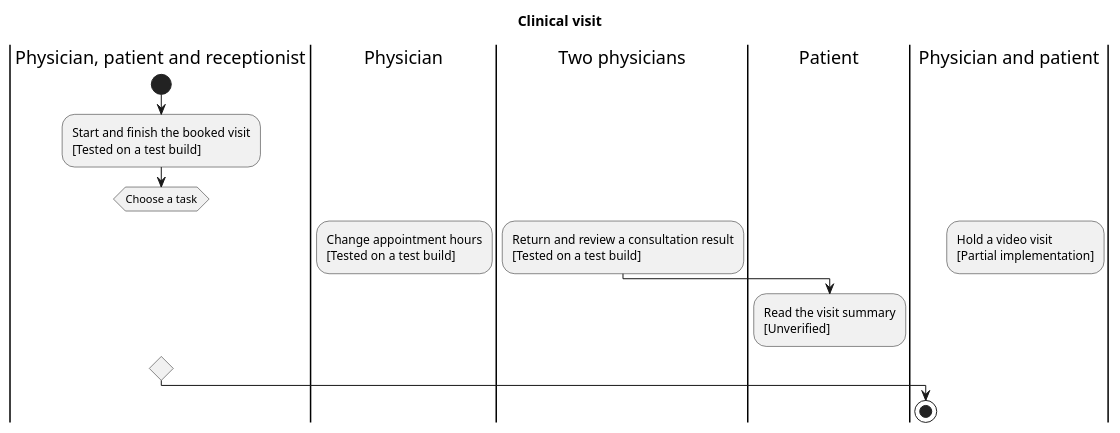
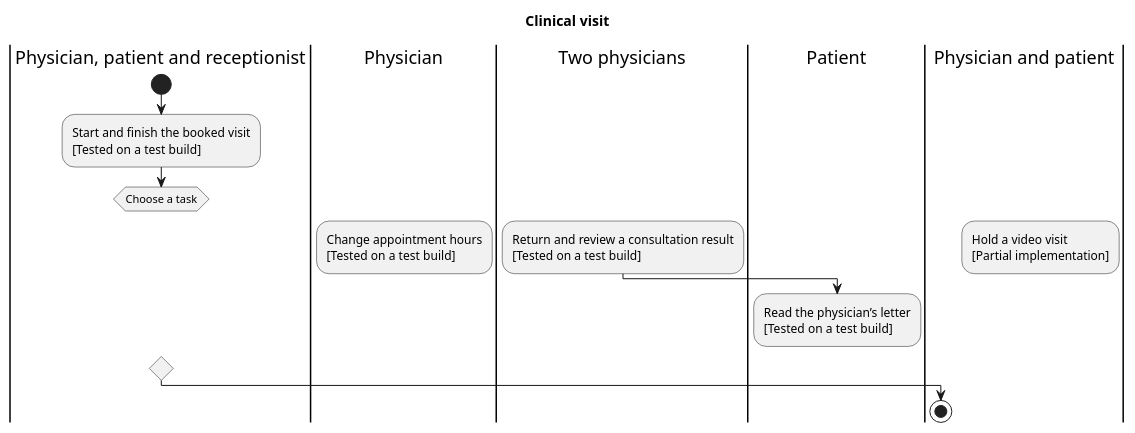
One commit to medbookdev/medbook-readiness changed the diagram in visit-en.puml. Above: the diagram before and after it, drawn with PlantUML. The commit also changed 13 other files, not shown here.

Commit message:
Show the verified patient and physician visit-letter journey in both languages

```diff
--- a/visit-en.puml
+++ b/visit-en.puml
@@ -1,21 +1,21 @@
 @startuml
 title Clinical visit
 |Physician, patient and receptionist|
 start
 |Physician, patient and receptionist|
 :Start and finish the booked visit\n[Tested on a test build];
 switch (Choose a task)
 case (Manage the schedule)
 |Physician|
 :Change appointment hours\n[Tested on a test build];
 case (Conduct a visit)
 |Two physicians|
 :Return and review a consultation result\n[Tested on a test build];
 |Patient|
-:Read the visit summary\n[Unverified];
+:Read the physician’s letter\n[Tested on a test build];
 case (Video consultation)
 |Physician and patient|
 :Hold a video visit\n[Partial implementation];
 endswitch
 stop
 @enduml
```
